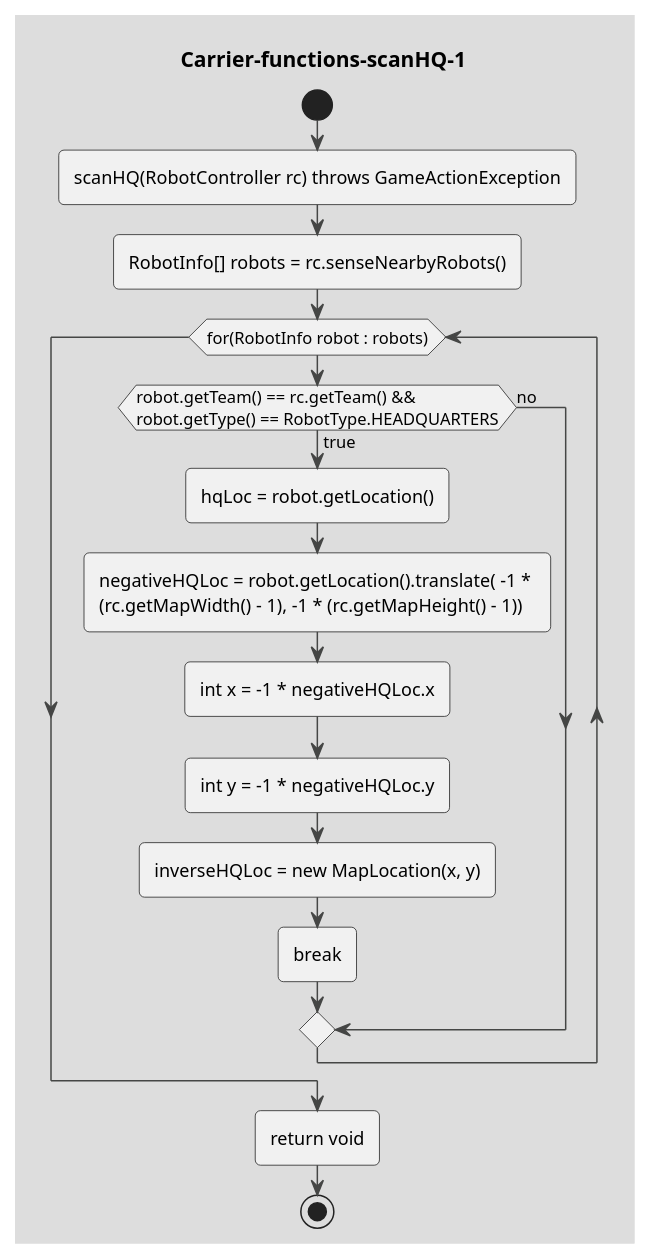
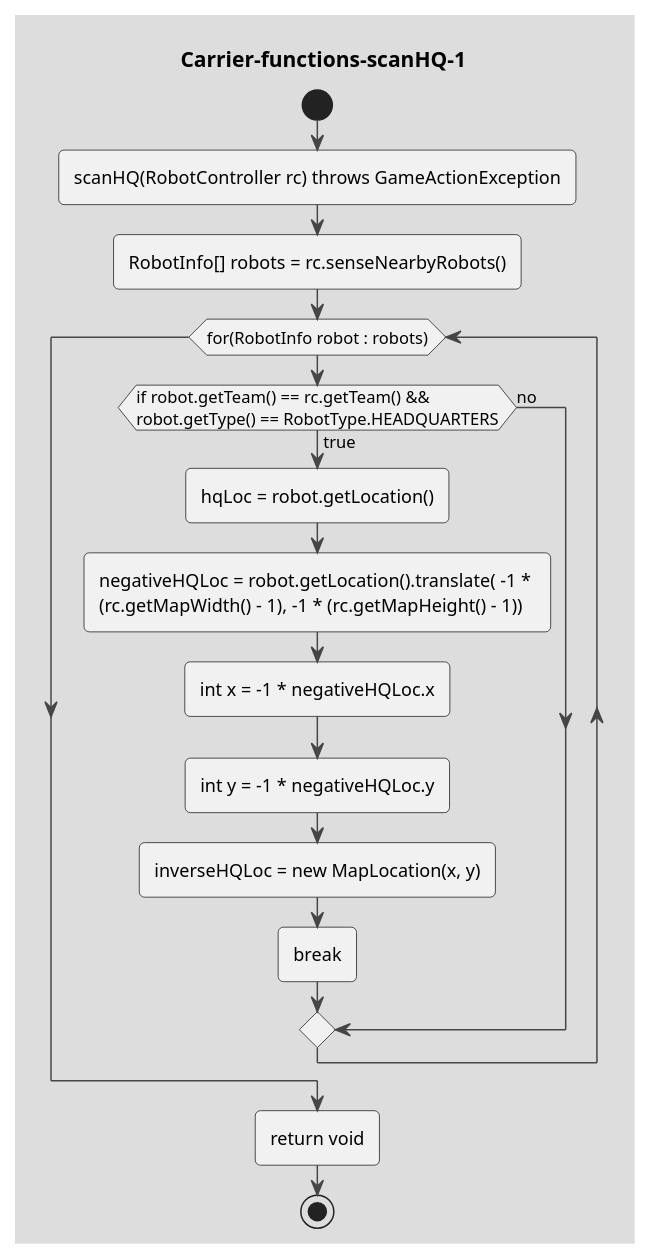
The diagram in drawings/Carrier-functions-scanHQ-1.puml (coding-to-music/plantuml-diagram-examples), drawn with PlantUML before and after one commit. The commit also changed 1 other file, not shown here.

```diff
--- a/drawings/Carrier-functions-scanHQ-1.puml
+++ b/drawings/Carrier-functions-scanHQ-1.puml
@@ -1,23 +1,23 @@
 @startuml Carrier-functions-scanHQ-1
 !theme toy 
 title Carrier-functions-scanHQ-1
 start
 
 :scanHQ(RobotController rc) throws GameActionException;
 :RobotInfo[] robots = rc.senseNearbyRobots();
 while (for(RobotInfo robot : robots))
-    if(robot.getTeam() == rc.getTeam() && \nrobot.getType() == RobotType.HEADQUARTERS) then (true)
+    if(if robot.getTeam() == rc.getTeam() && \nrobot.getType() == RobotType.HEADQUARTERS) then (true)
         :hqLoc = robot.getLocation();
         :negativeHQLoc = robot.getLocation().translate( -1 * \n(rc.getMapWidth() - 1), -1 * (rc.getMapHeight() - 1));
         :int x = -1 * negativeHQLoc.x;
         :int y = -1 * negativeHQLoc.y;
 
         :inverseHQLoc = new MapLocation(x, y); 
         :break;
     else (no)
     endif
 endwhile
 
 :return void; 
 stop
 @enduml
```
